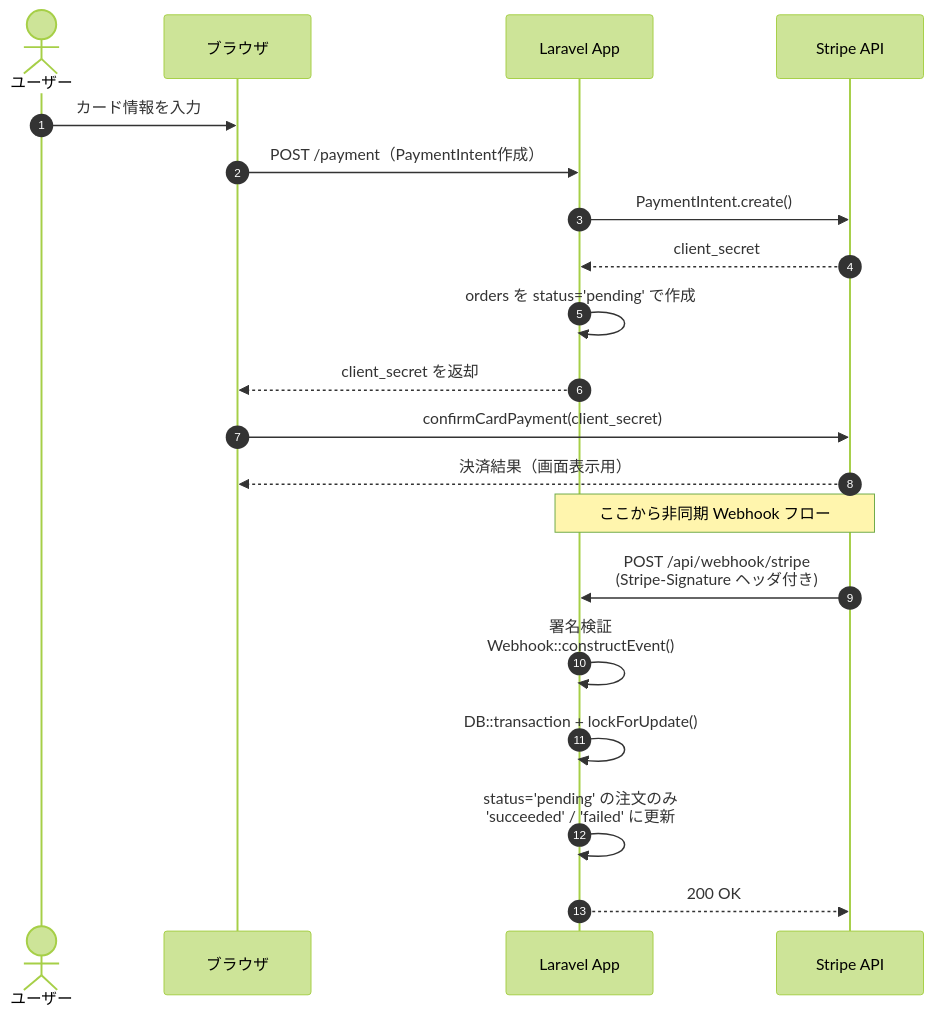
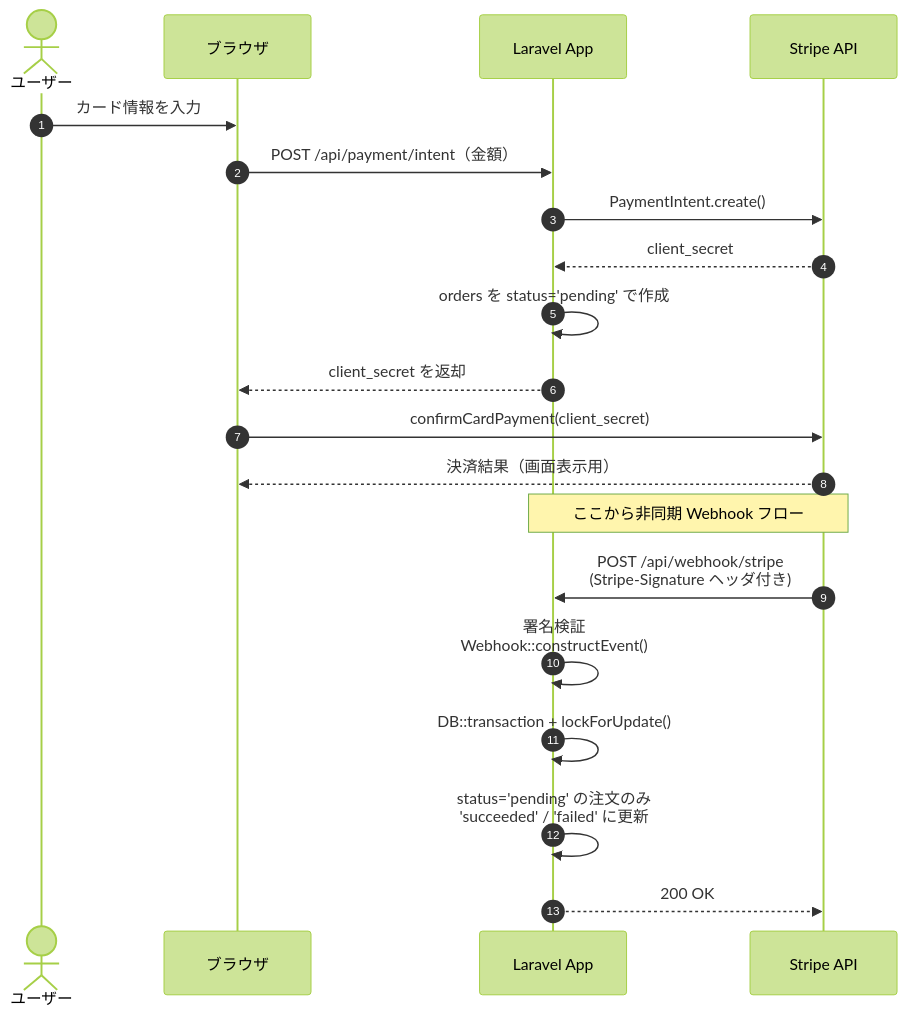
One commit to tetsushi-k/laravel-payment-api changed the second of 3 diagrams in README.md. Above: the diagram before and after it, drawn with Mermaid (forest theme). The commit also changed other lines of this file and 21 other files, not shown here.

````diff
--- a/README.md
+++ b/README.md
@@ -78,25 +79,25 @@
 ```mermaid
 sequenceDiagram
     autonumber
     actor User as ユーザー
     participant Browser as ブラウザ
     participant App as Laravel App
     participant Stripe as Stripe API
 
     User->>Browser: カード情報を入力
-    Browser->>App: POST /payment（PaymentIntent作成）
+    Browser->>App: POST /api/payment/intent（金額）
     App->>Stripe: PaymentIntent.create()
     Stripe-->>App: client_secret
     App->>App: orders を status='pending' で作成
     App-->>Browser: client_secret を返却
     Browser->>Stripe: confirmCardPayment(client_secret)
     Stripe-->>Browser: 決済結果（画面表示用）
 
     Note over Stripe,App: ここから非同期 Webhook フロー
 
     Stripe->>App: POST /api/webhook/stripe<br/>(Stripe-Signature ヘッダ付き)
     App->>App: 署名検証<br/>Webhook::constructEvent()
     App->>App: DB::transaction + lockForUpdate()
     App->>App: status='pending' の注文のみ<br/>'succeeded' / 'failed' に更新
     App-->>Stripe: 200 OK
 ```
````
